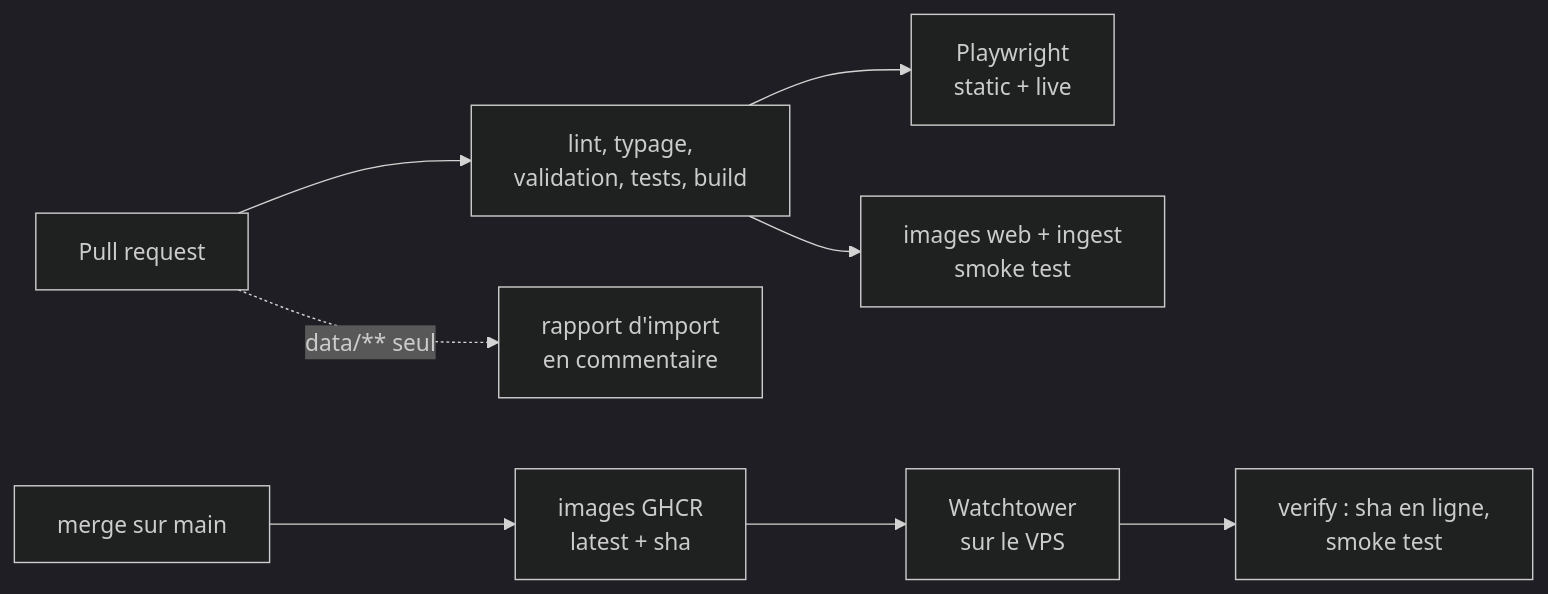
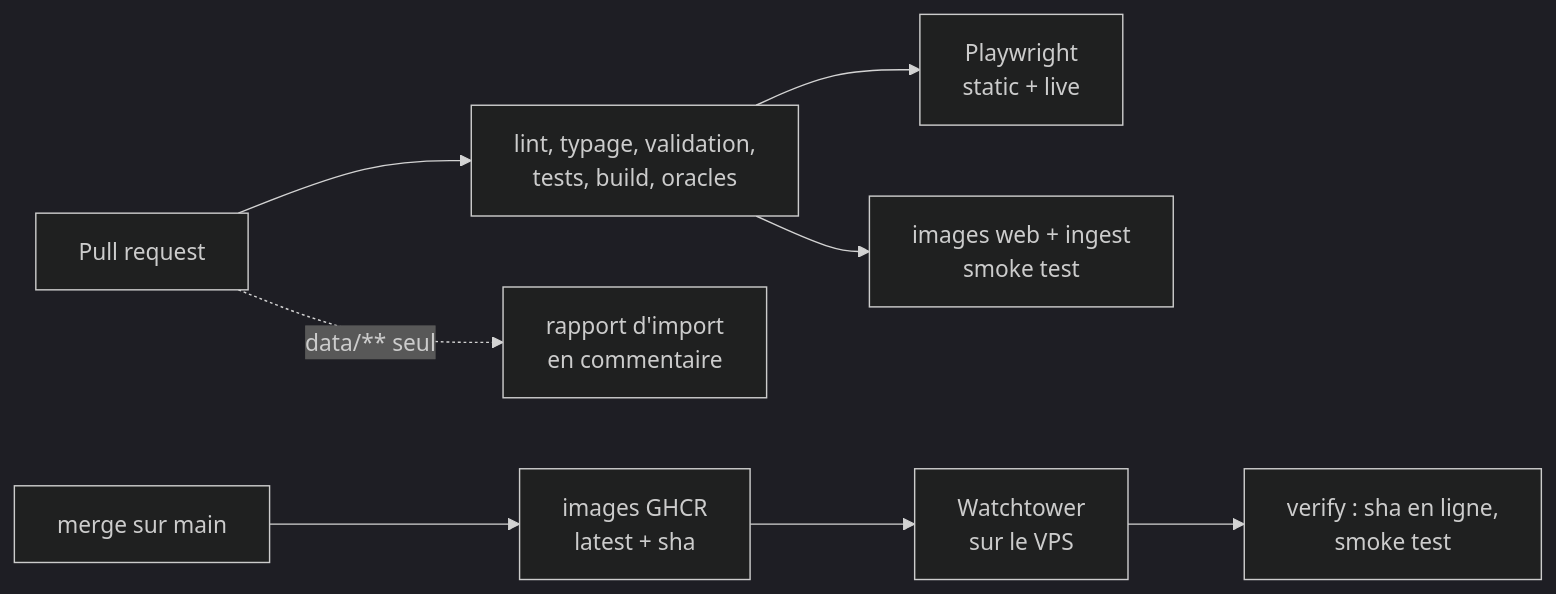
Before and after one commit to eyjvw/mybestsim: the second of 2 diagrams in README.md, drawn with Mermaid (dark theme). The commit also changed other lines of this file and 26 other files, not shown here.

````diff
--- a/README.md
+++ b/README.md
@@ -194,9 +194,9 @@
 ```mermaid
 flowchart LR
-  pr["Pull request"] --> check["lint, typage,<br/>validation, tests, build"]
+  pr["Pull request"] --> check["lint, typage, validation,<br/>tests, build, oracles"]
   check --> e2e["Playwright<br/>static + live"]
   check --> ctr["images web + ingest<br/>smoke test"]
   pr -. "data/** seul" .-> report["rapport d'import<br/>en commentaire"]
   main["merge sur main"] --> img["images GHCR<br/>latest + sha"]
   img --> wt["Watchtower<br/>sur le VPS"] --> verify["verify : sha en ligne,<br/>smoke test"]
 ```
````
